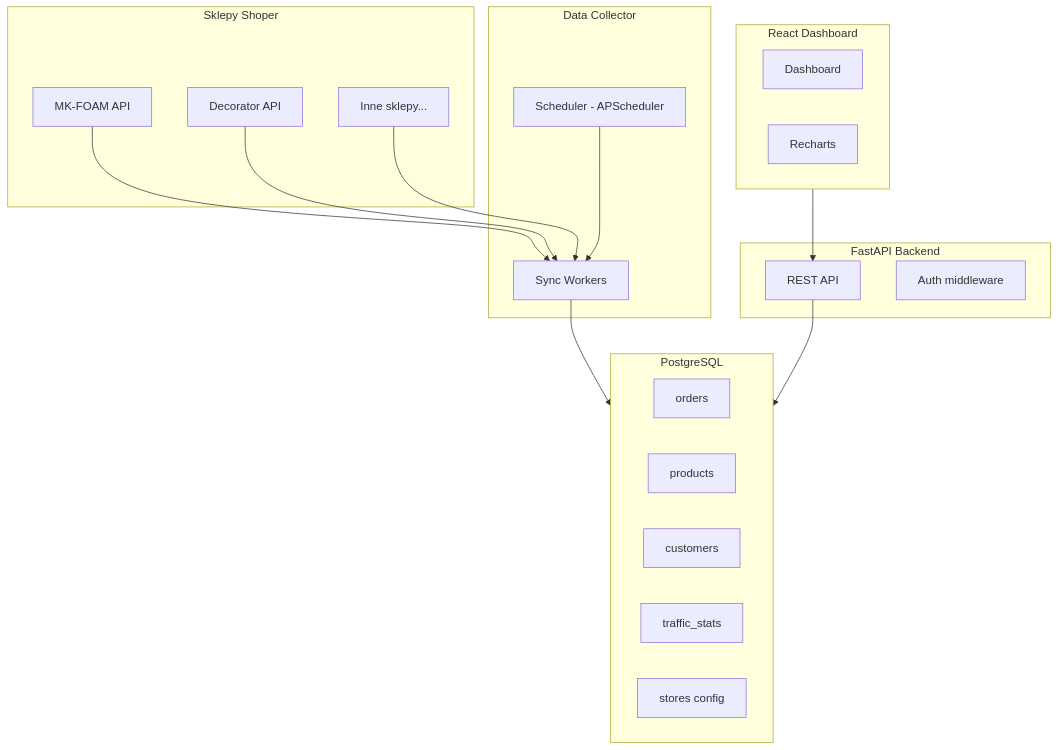
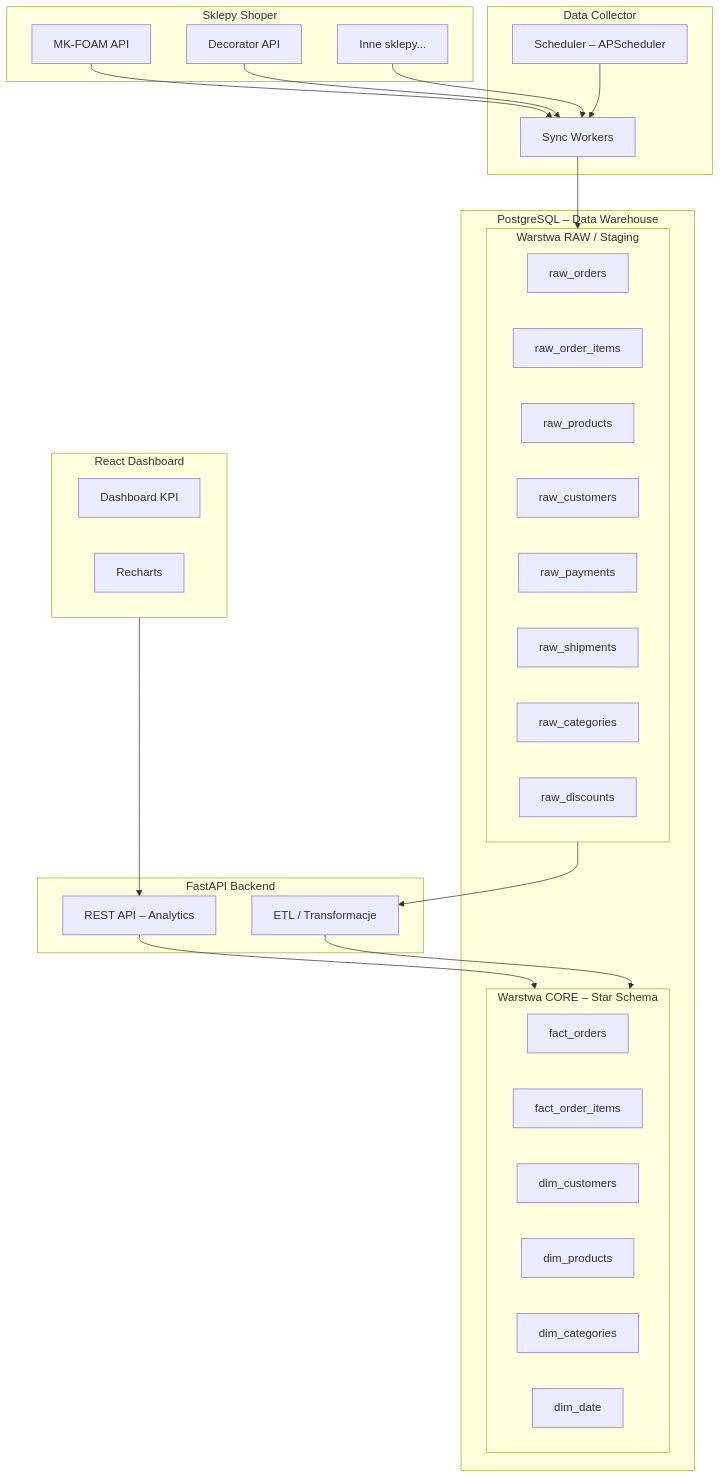
The diagram in PLAN.md (mxsgd/BI_Shoper), drawn with Mermaid before and after one commit. The commit also changed other lines of this file and 25 other files, not shown here.

````diff
--- a/PLAN.md
+++ b/PLAN.md
@@ -5,39 +12,54 @@
 ```mermaid
 graph TD
     subgraph shoperAPI [Sklepy Shoper]
         MK[MK-FOAM API]
         DEC[Decorator API]
         OTHER[Inne sklepy...]
     end
 
     subgraph collector [Data Collector]
-        CRON[Scheduler - APScheduler]
+        CRON[Scheduler – APScheduler]
         SYNC[Sync Workers]
     end
 
-    subgraph backend [FastAPI Backend]
-        API[REST API]
-        AUTH[Auth middleware]
+    subgraph db [PostgreSQL – Data Warehouse]
+        subgraph raw [Warstwa RAW / Staging]
+            R_ORD[raw_orders]
+            R_ITEMS[raw_order_items]
+            R_PROD[raw_products]
+            R_CUST[raw_customers]
+            R_PAY[raw_payments]
+            R_SHIP[raw_shipments]
+            R_CAT[raw_categories]
+            R_DISC[raw_discounts]
+        end
+        subgraph core [Warstwa CORE – Star Schema]
+            F_ORD[fact_orders]
+            F_ITEMS[fact_order_items]
+            D_CUST[dim_customers]
+            D_PROD[dim_products]
+            D_CAT[dim_categories]
+            D_DATE[dim_date]
+        end
     end
 
-    subgraph db [PostgreSQL]
-        ORDERS[orders]
-        PRODUCTS[products]
-        CUSTOMERS[customers]
-        TRAFFIC[traffic_stats]
-        STORES[stores config]
+    subgraph backend [FastAPI Backend]
+        API[REST API – Analytics]
+        TRANSFORM[ETL / Transformacje]
     end
 
     subgraph frontend [React Dashboard]
-        DASH[Dashboard]
+        DASH[Dashboard KPI]
         CHARTS[Recharts]
     end
 
     MK --> SYNC
     DEC --> SYNC
     OTHER --> SYNC
     CRON --> SYNC
-    SYNC --> db
-    API --> db
+    SYNC --> raw
+    TRANSFORM --> core
+    raw --> TRANSFORM
+    API --> core
     frontend --> API
 ```
````
